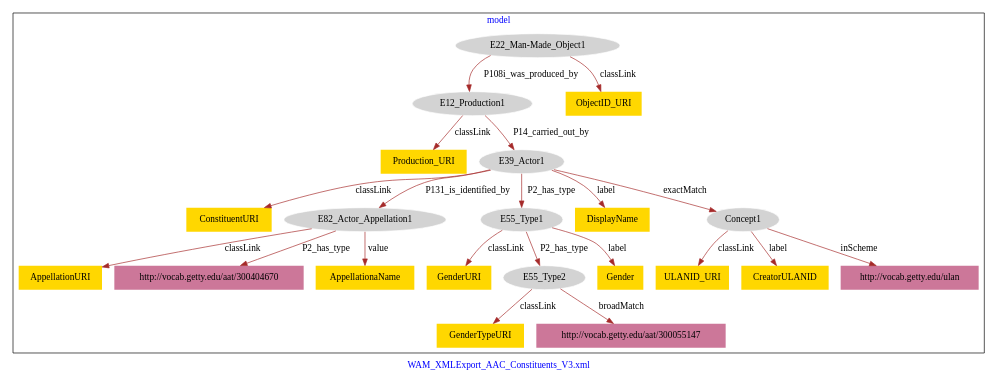
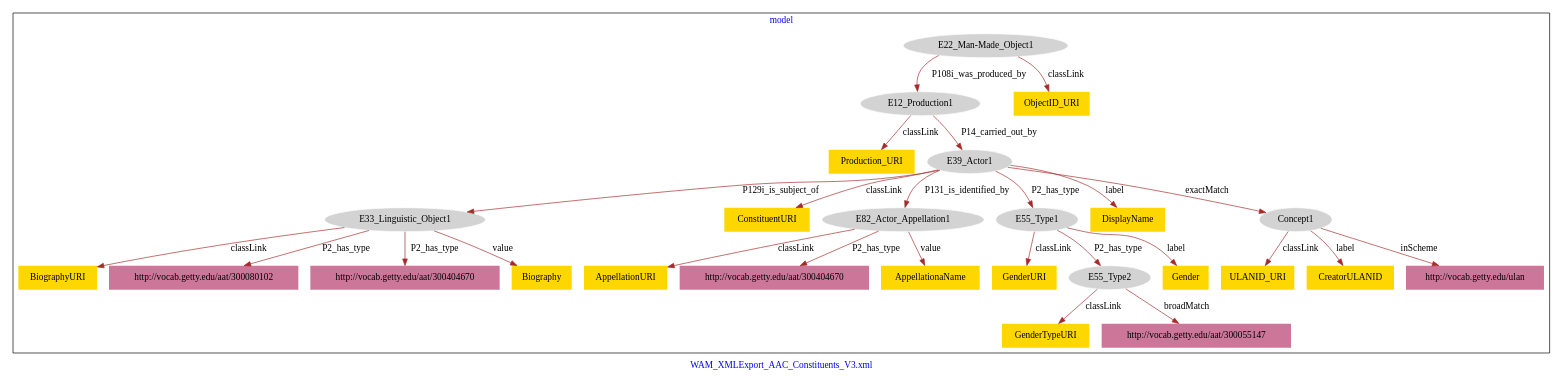
Before and after one commit to american-art/wam: the diagram in WAM_AAC_Constituents/WAM_AAC_Individual_PlaceofBirth-model.dot, drawn with Graphviz.

Commit message:
Update file WAM_AAC_Individual_PlaceofBirth-model.dot

```diff
--- a/WAM_AAC_Constituents/WAM_AAC_Individual_PlaceofBirth-model.dot
+++ b/WAM_AAC_Constituents/WAM_AAC_Individual_PlaceofBirth-model.dot
@@ -1,49 +1,59 @@
 digraph n0 {
 fontcolor="blue"
 remincross="true"
 label="WAM_XMLExport_AAC_Constituents_V3.xml"
 subgraph cluster {
 label="model"
 n2[style="filled",color="white",fillcolor="lightgray",label="E12_Production1"];
 n3[shape="plaintext",style="filled",fillcolor="gold",label="Production_URI"];
 n4[style="filled",color="white",fillcolor="lightgray",label="E39_Actor1"];
 n5[style="filled",color="white",fillcolor="lightgray",label="E22_Man-Made_Object1"];
 n6[shape="plaintext",style="filled",fillcolor="gold",label="ObjectID_URI"];
-n7[shape="plaintext",style="filled",fillcolor="gold",label="ConstituentURI"];
-n8[style="filled",color="white",fillcolor="lightgray",label="E82_Actor_Appellation1"];
-n9[style="filled",color="white",fillcolor="lightgray",label="E55_Type1"];
-n10[shape="plaintext",style="filled",fillcolor="gold",label="DisplayName"];
-n11[style="filled",color="white",fillcolor="lightgray",label="Concept1"];
-n12[shape="plaintext",style="filled",fillcolor="gold",label="GenderURI"];
-n13[style="filled",color="white",fillcolor="lightgray",label="E55_Type2"];
-n14[shape="plaintext",style="filled",fillcolor="gold",label="Gender"];
-n15[shape="plaintext",style="filled",fillcolor="gold",label="GenderTypeURI"];
-n16[shape="plaintext",style="filled",fillcolor="#CC7799",label="http://vocab.getty.edu/aat/300055147"];
-n17[shape="plaintext",style="filled",fillcolor="gold",label="AppellationURI"];
-n18[shape="plaintext",style="filled",fillcolor="#CC7799",label="http://vocab.getty.edu/aat/300404670"];
-n19[shape="plaintext",style="filled",fillcolor="gold",label="AppellationaName"];
-n20[shape="plaintext",style="filled",fillcolor="gold",label="ULANID_URI"];
-n21[shape="plaintext",style="filled",fillcolor="gold",label="CreatorULANID"];
-n22[shape="plaintext",style="filled",fillcolor="#CC7799",label="http://vocab.getty.edu/ulan"];
+n7[style="filled",color="white",fillcolor="lightgray",label="E33_Linguistic_Object1"];
+n8[shape="plaintext",style="filled",fillcolor="gold",label="BiographyURI"];
+n9[shape="plaintext",style="filled",fillcolor="#CC7799",label="http://vocab.getty.edu/aat/300080102"];
+n10[shape="plaintext",style="filled",fillcolor="#CC7799",label="http://vocab.getty.edu/aat/300404670"];
+n11[shape="plaintext",style="filled",fillcolor="gold",label="Biography"];
+n12[shape="plaintext",style="filled",fillcolor="gold",label="ConstituentURI"];
+n13[style="filled",color="white",fillcolor="lightgray",label="E82_Actor_Appellation1"];
+n14[style="filled",color="white",fillcolor="lightgray",label="E55_Type1"];
+n15[shape="plaintext",style="filled",fillcolor="gold",label="DisplayName"];
+n16[style="filled",color="white",fillcolor="lightgray",label="Concept1"];
+n17[shape="plaintext",style="filled",fillcolor="gold",label="GenderURI"];
+n18[style="filled",color="white",fillcolor="lightgray",label="E55_Type2"];
+n19[shape="plaintext",style="filled",fillcolor="gold",label="Gender"];
+n20[shape="plaintext",style="filled",fillcolor="gold",label="GenderTypeURI"];
+n21[shape="plaintext",style="filled",fillcolor="#CC7799",label="http://vocab.getty.edu/aat/300055147"];
+n22[shape="plaintext",style="filled",fillcolor="gold",label="AppellationURI"];
+n23[shape="plaintext",style="filled",fillcolor="#CC7799",label="http://vocab.getty.edu/aat/300404670"];
+n24[shape="plaintext",style="filled",fillcolor="gold",label="AppellationaName"];
+n25[shape="plaintext",style="filled",fillcolor="gold",label="ULANID_URI"];
+n26[shape="plaintext",style="filled",fillcolor="gold",label="CreatorULANID"];
+n27[shape="plaintext",style="filled",fillcolor="#CC7799",label="http://vocab.getty.edu/ulan"];
 }
 n2 -> n3[color="brown",fontcolor="black",label="classLink"]
 n2 -> n4[color="brown",fontcolor="black",label="P14_carried_out_by"]
 n5 -> n6[color="brown",fontcolor="black",label="classLink"]
 n5 -> n2[color="brown",fontcolor="black",label="P108i_was_produced_by"]
-n4 -> n7[color="brown",fontcolor="black",label="classLink"]
-n4 -> n8[color="brown",fontcolor="black",label="P131_is_identified_by"]
-n4 -> n9[color="brown",fontcolor="black",label="P2_has_type"]
-n4 -> n10[color="brown",fontcolor="black",label="label"]
-n4 -> n11[color="brown",fontcolor="black",label="exactMatch"]
-n9 -> n12[color="brown",fontcolor="black",label="classLink"]
-n9 -> n13[color="brown",fontcolor="black",label="P2_has_type"]
-n9 -> n14[color="brown",fontcolor="black",label="label"]
-n13 -> n15[color="brown",fontcolor="black",label="classLink"]
-n13 -> n16[color="brown",fontcolor="black",label="broadMatch"]
-n8 -> n17[color="brown",fontcolor="black",label="classLink"]
-n8 -> n18[color="brown",fontcolor="black",label="P2_has_type"]
-n8 -> n19[color="brown",fontcolor="black",label="value"]
-n11 -> n20[color="brown",fontcolor="black",label="classLink"]
-n11 -> n21[color="brown",fontcolor="black",label="label"]
-n11 -> n22[color="brown",fontcolor="black",label="inScheme"]
+n7 -> n8[color="brown",fontcolor="black",label="classLink"]
+n7 -> n9[color="brown",fontcolor="black",label="P2_has_type"]
+n7 -> n10[color="brown",fontcolor="black",label="P2_has_type"]
+n7 -> n11[color="brown",fontcolor="black",label="value"]
+n4 -> n12[color="brown",fontcolor="black",label="classLink"]
+n4 -> n7[color="brown",fontcolor="black",label="P129i_is_subject_of"]
+n4 -> n13[color="brown",fontcolor="black",label="P131_is_identified_by"]
+n4 -> n14[color="brown",fontcolor="black",label="P2_has_type"]
+n4 -> n15[color="brown",fontcolor="black",label="label"]
+n4 -> n16[color="brown",fontcolor="black",label="exactMatch"]
+n14 -> n17[color="brown",fontcolor="black",label="classLink"]
+n14 -> n18[color="brown",fontcolor="black",label="P2_has_type"]
+n14 -> n19[color="brown",fontcolor="black",label="label"]
+n18 -> n20[color="brown",fontcolor="black",label="classLink"]
+n18 -> n21[color="brown",fontcolor="black",label="broadMatch"]
+n13 -> n22[color="brown",fontcolor="black",label="classLink"]
+n13 -> n23[color="brown",fontcolor="black",label="P2_has_type"]
+n13 -> n24[color="brown",fontcolor="black",label="value"]
+n16 -> n25[color="brown",fontcolor="black",label="classLink"]
+n16 -> n26[color="brown",fontcolor="black",label="label"]
+n16 -> n27[color="brown",fontcolor="black",label="inScheme"]
 }
```
